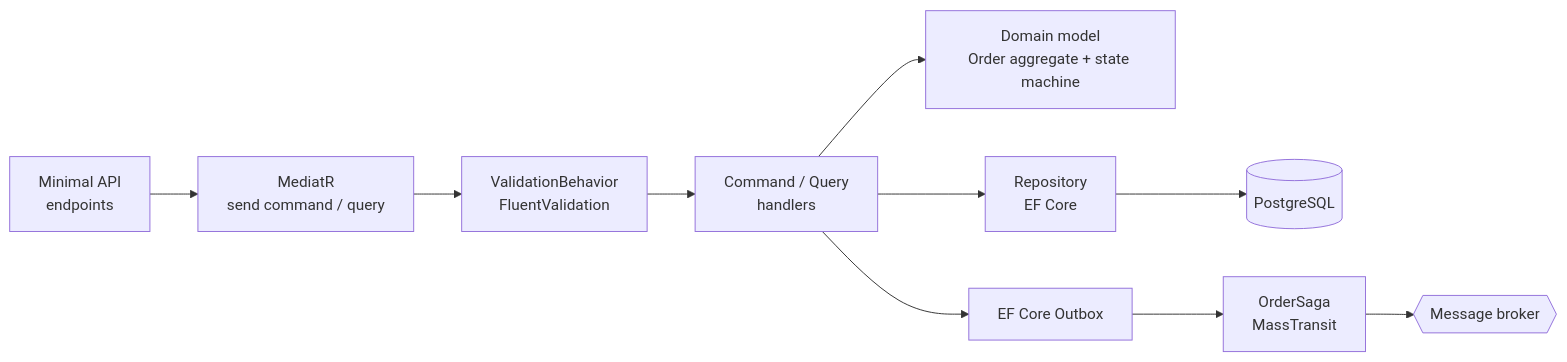
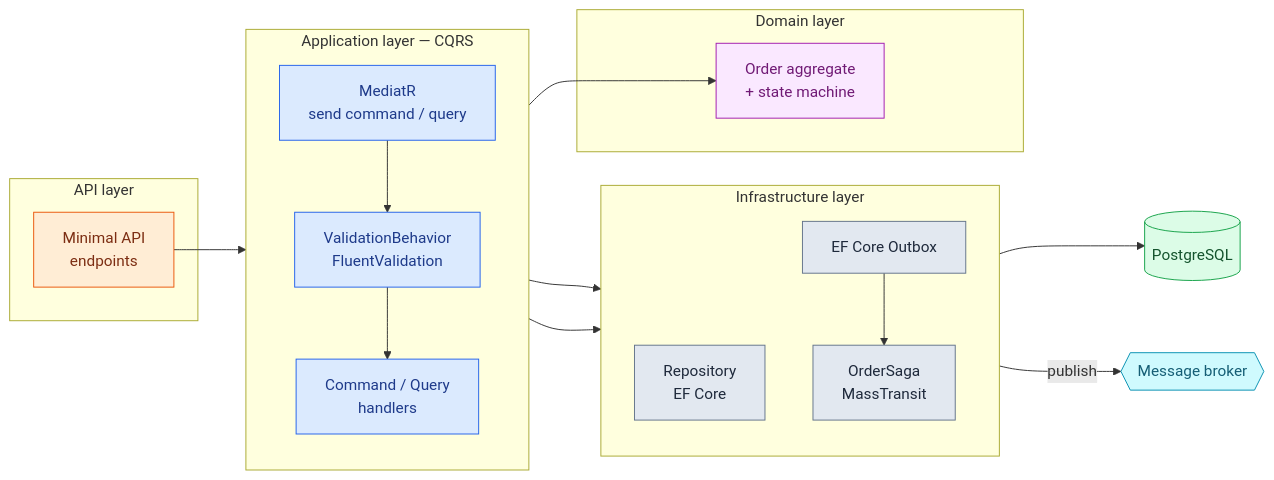
Before and after one commit to seesathish/AntKart-Src3: the fourth of 4 diagrams in README.md, drawn with Mermaid. The commit also changed other lines of this file, not shown here.

First line of the commit message:
docs: fix README Mermaid syntax, enrich diagrams, and deepen front-door content

````diff
--- a/README.md
+++ b/README.md
@@ -185,12 +282,43 @@
 ```mermaid
 flowchart LR
-    api["Minimal API<br/>endpoints"] --> med["MediatR<br/>send command / query"]
-    med --> vb["ValidationBehavior<br/>FluentValidation"]
-    vb --> ch["Command / Query<br/>handlers"]
-    ch --> dom["Domain model<br/>Order aggregate + state machine"]
-    ch --> repo["Repository<br/>EF Core"]
-    repo --> pg[("PostgreSQL")]
-    ch --> ob["EF Core Outbox"]
-    ob --> saga["OrderSaga<br/>MassTransit"]
-    saga --> bus{{"Message broker"}}
+    subgraph APILayer["API layer"]
+      api["Minimal API<br/>endpoints"]
+    end
+
+    subgraph AppLayer["Application layer — CQRS"]
+      direction TB
+      med["MediatR<br/>send command / query"]
+      vb["ValidationBehavior<br/>FluentValidation"]
+      ch["Command / Query<br/>handlers"]
+    end
+
+    subgraph DomainLayer["Domain layer"]
+      dom["Order aggregate<br/>+ state machine"]
+    end
+
+    subgraph InfraLayer["Infrastructure layer"]
+      direction TB
+      repo["Repository<br/>EF Core"]
+      ob["EF Core Outbox"]
+      saga["OrderSaga<br/>MassTransit"]
+    end
+
+    api --> med --> vb --> ch
+    ch --> dom
+    ch --> repo --> pg[("PostgreSQL")]
+    ch --> ob --> saga -->|publish| bus{{"Message broker"}}
+
+    classDef apilayer fill:#ffedd5,stroke:#ea580c,stroke-width:1px,color:#7c2d12
+    classDef applayer fill:#dbeafe,stroke:#2563eb,stroke-width:1px,color:#1e3a8a
+    classDef domainlayer fill:#fae8ff,stroke:#a21caf,stroke-width:1px,color:#701a75
+    classDef infralayer fill:#e2e8f0,stroke:#64748b,stroke-width:1px,color:#1e293b
+    classDef store fill:#dcfce7,stroke:#16a34a,stroke-width:1px,color:#14532d
+    classDef broker fill:#cffafe,stroke:#0891b2,stroke-width:1px,color:#155e75
+
+    class api apilayer
+    class med,vb,ch applayer
+    class dom domainlayer
+    class repo,ob,saga infralayer
+    class pg store
+    class bus broker
 ```
````
